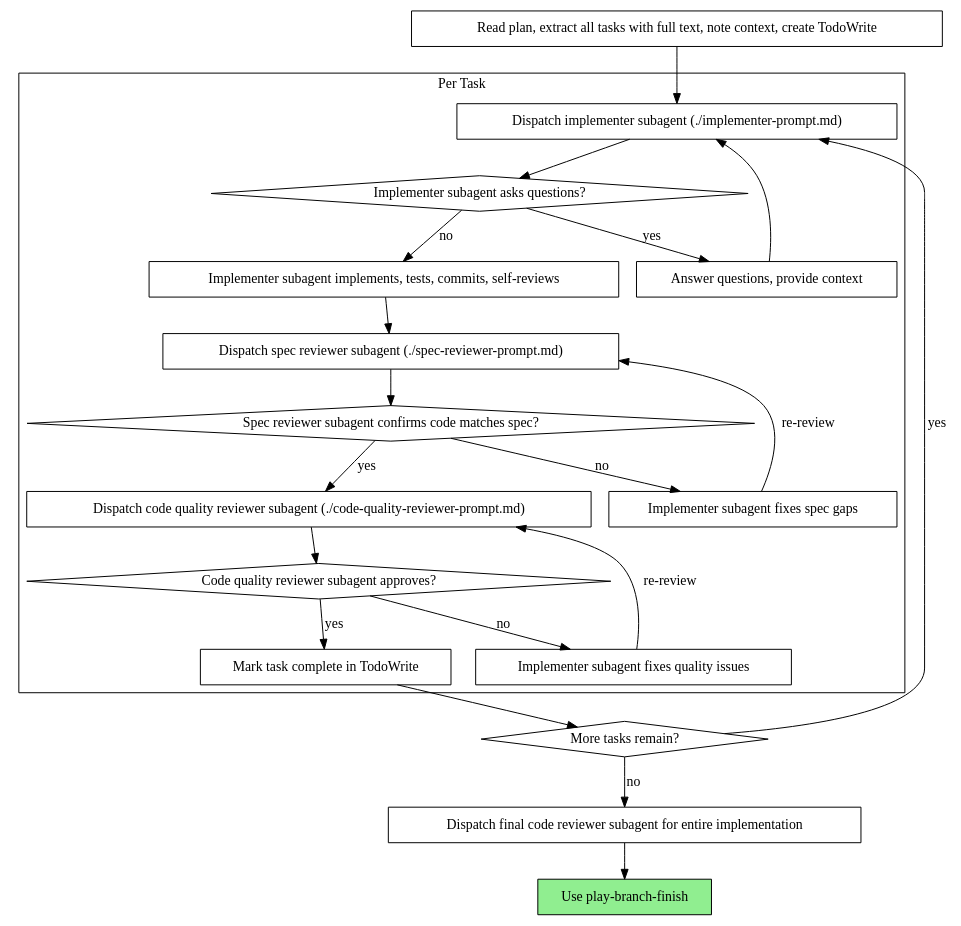
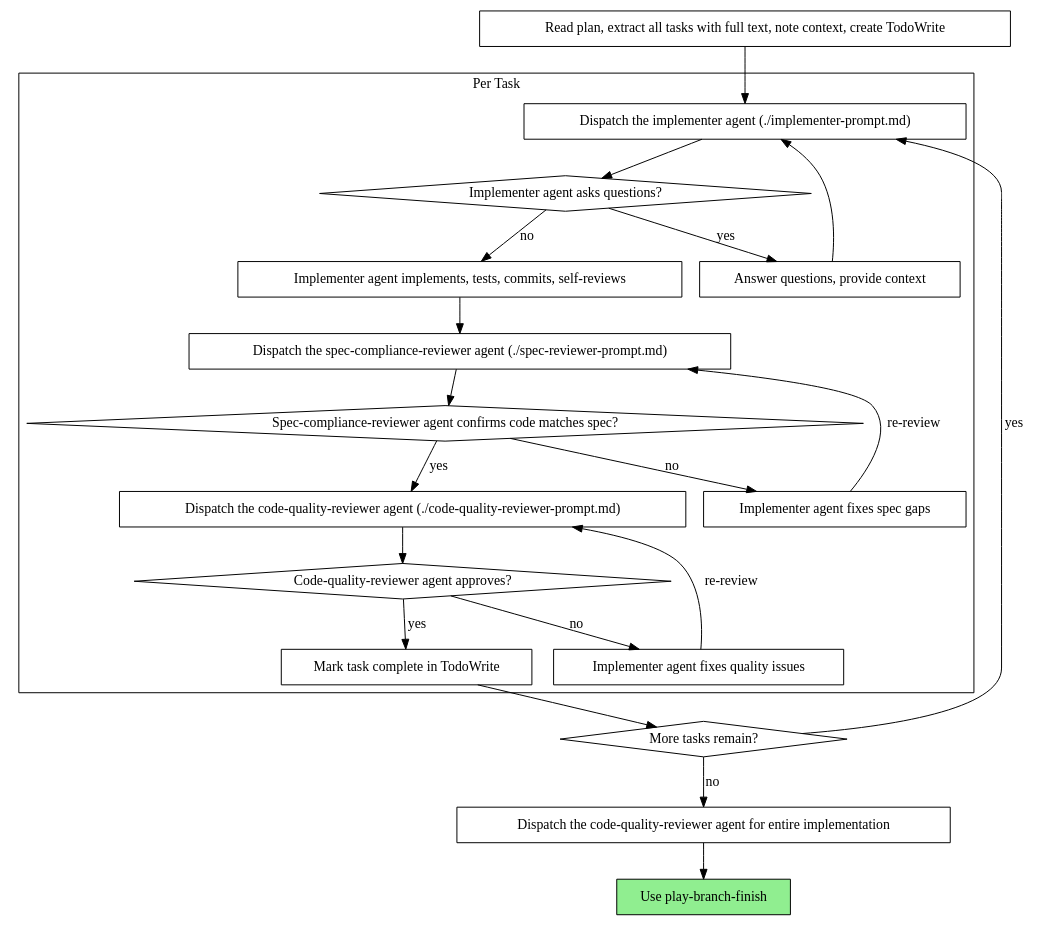
One commit to ryumiel/devcanon changed the second of 2 diagrams in skills/play-subagent-execution/SKILL.md. Above: the diagram before and after it, drawn with Graphviz. The commit also changed other lines of this file and 7 other files, not shown here.

First line of the commit message:
feat(agents): formalize implementer/spec-compliance-reviewer/code-quality-reviewer roles (#95)

````diff
--- a/skills/play-subagent-execution/SKILL.md
+++ b/skills/play-subagent-execution/SKILL.md
@@ -43,44 +43,44 @@
 ```dot
 digraph process {
     rankdir=TB;
 
     subgraph cluster_per_task {
         label="Per Task";
-        "Dispatch implementer subagent (./implementer-prompt.md)" [shape=box];
-        "Implementer subagent asks questions?" [shape=diamond];
+        "Dispatch the implementer agent (./implementer-prompt.md)" [shape=box];
+        "Implementer agent asks questions?" [shape=diamond];
         "Answer questions, provide context" [shape=box];
-        "Implementer subagent implements, tests, commits, self-reviews" [shape=box];
-        "Dispatch spec reviewer subagent (./spec-reviewer-prompt.md)" [shape=box];
-        "Spec reviewer subagent confirms code matches spec?" [shape=diamond];
-        "Implementer subagent fixes spec gaps" [shape=box];
-        "Dispatch code quality reviewer subagent (./code-quality-reviewer-prompt.md)" [shape=box];
-        "Code quality reviewer subagent approves?" [shape=diamond];
-        "Implementer subagent fixes quality issues" [shape=box];
+        "Implementer agent implements, tests, commits, self-reviews" [shape=box];
+        "Dispatch the spec-compliance-reviewer agent (./spec-reviewer-prompt.md)" [shape=box];
+        "Spec-compliance-reviewer agent confirms code matches spec?" [shape=diamond];
+        "Implementer agent fixes spec gaps" [shape=box];
+        "Dispatch the code-quality-reviewer agent (./code-quality-reviewer-prompt.md)" [shape=box];
+        "Code-quality-reviewer agent approves?" [shape=diamond];
+        "Implementer agent fixes quality issues" [shape=box];
         "Mark task complete in TodoWrite" [shape=box];
     }
 
     "Read plan, extract all tasks with full text, note context, create TodoWrite" [shape=box];
     "More tasks remain?" [shape=diamond];
-    "Dispatch final code reviewer subagent for entire implementation" [shape=box];
+    "Dispatch the code-quality-reviewer agent for entire implementation" [shape=box];
     "Use play-branch-finish" [shape=box style=filled fillcolor=lightgreen];
 
-    "Read plan, extract all tasks with full text, note context, create TodoWrite" -> "Dispatch implementer subagent (./implementer-prompt.md)";
-    "Dispatch implementer subagent (./implementer-prompt.md)" -> "Implementer subagent asks questions?";
-    "Implementer subagent asks questions?" -> "Answer questions, provide context" [label="yes"];
-    "Answer questions, provide context" -> "Dispatch implementer subagent (./implementer-prompt.md)";
-    "Implementer subagent asks questions?" -> "Implementer subagent implements, tests, commits, self-reviews" [label="no"];
-    "Implementer subagent implements, tests, commits, self-reviews" -> "Dispatch spec reviewer subagent (./spec-reviewer-prompt.md)";
-    "Dispatch spec reviewer subagent (./spec-reviewer-prompt.md)" -> "Spec reviewer subagent confirms code matches spec?";
-    "Spec reviewer subagent confirms code matches spec?" -> "Implementer subagent fixes spec gaps" [label="no"];
-    "Implementer subagent fixes spec gaps" -> "Dispatch spec reviewer subagent (./spec-reviewer-prompt.md)" [label="re-review"];
-    "Spec reviewer subagent confirms code matches spec?" -> "Dispatch code quality reviewer subagent (./code-quality-reviewer-prompt.md)" [label="yes"];
-    "Dispatch code quality reviewer subagent (./code-quality-reviewer-prompt.md)" -> "Code quality reviewer subagent approves?";
-    "Code quality reviewer subagent approves?" -> "Implementer subagent fixes quality issues" [label="no"];
-    "Implementer subagent fixes quality issues" -> "Dispatch code quality reviewer subagent (./code-quality-reviewer-prompt.md)" [label="re-review"];
-    "Code quality reviewer subagent approves?" -> "Mark task complete in TodoWrite" [label="yes"];
+    "Read plan, extract all tasks with full text, note context, create TodoWrite" -> "Dispatch the implementer agent (./implementer-prompt.md)";
+    "Dispatch the implementer agent (./implementer-prompt.md)" -> "Implementer agent asks questions?";
+    "Implementer agent asks questions?" -> "Answer questions, provide context" [label="yes"];
+    "Answer questions, provide context" -> "Dispatch the implementer agent (./implementer-prompt.md)";
+    "Implementer agent asks questions?" -> "Implementer agent implements, tests, commits, self-reviews" [label="no"];
+    "Implementer agent implements, tests, commits, self-reviews" -> "Dispatch the spec-compliance-reviewer agent (./spec-reviewer-prompt.md)";
+    "Dispatch the spec-compliance-reviewer agent (./spec-reviewer-prompt.md)" -> "Spec-compliance-reviewer agent confirms code matches spec?";
+    "Spec-compliance-reviewer agent confirms code matches spec?" -> "Implementer agent fixes spec gaps" [label="no"];
+    "Implementer agent fixes spec gaps" -> "Dispatch the spec-compliance-reviewer agent (./spec-reviewer-prompt.md)" [label="re-review"];
+    "Spec-compliance-reviewer agent confirms code matches spec?" -> "Dispatch the code-quality-reviewer agent (./code-quality-reviewer-prompt.md)" [label="yes"];
+    "Dispatch the code-quality-reviewer agent (./code-quality-reviewer-prompt.md)" -> "Code-quality-reviewer agent approves?";
+    "Code-quality-reviewer agent approves?" -> "Implementer agent fixes quality issues" [label="no"];
+    "Implementer agent fixes quality issues" -> "Dispatch the code-quality-reviewer agent (./code-quality-reviewer-prompt.md)" [label="re-review"];
+    "Code-quality-reviewer agent approves?" -> "Mark task complete in TodoWrite" [label="yes"];
     "Mark task complete in TodoWrite" -> "More tasks remain?";
-    "More tasks remain?" -> "Dispatch implementer subagent (./implementer-prompt.md)" [label="yes"];
-    "More tasks remain?" -> "Dispatch final code reviewer subagent for entire implementation" [label="no"];
-    "Dispatch final code reviewer subagent for entire implementation" -> "Use play-branch-finish";
+    "More tasks remain?" -> "Dispatch the implementer agent (./implementer-prompt.md)" [label="yes"];
+    "More tasks remain?" -> "Dispatch the code-quality-reviewer agent for entire implementation" [label="no"];
+    "Dispatch the code-quality-reviewer agent for entire implementation" -> "Use play-branch-finish";
 }
 ```
````
